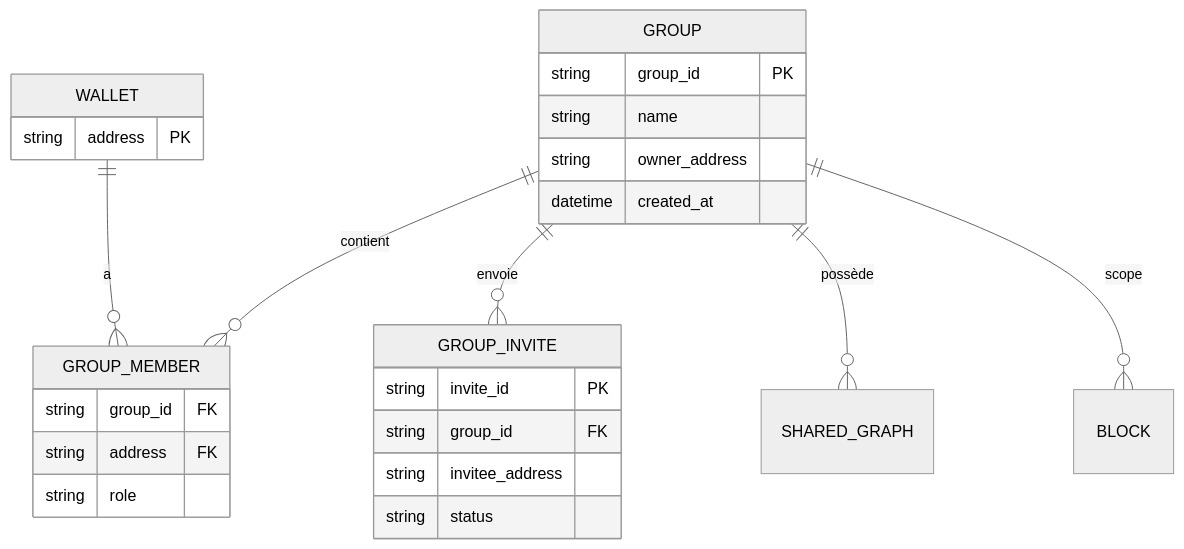
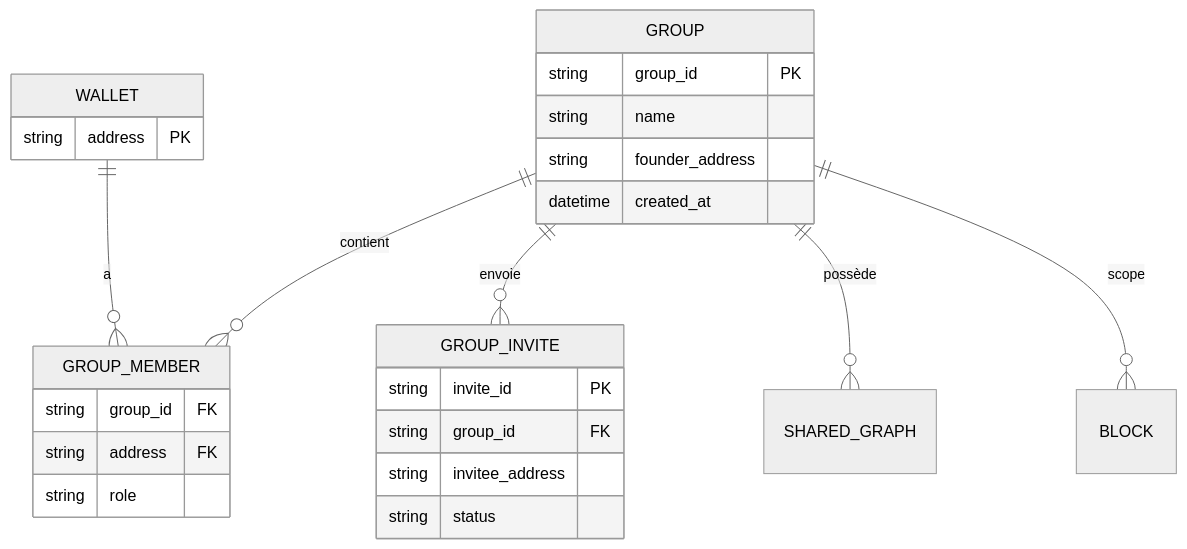
Before and after one commit to vgac2025/lvx: the second of 5 diagrams in GROUPES_RESEAUX_ARTCB.md, drawn with Mermaid (neutral theme). The commit also changed other lines of this file and 3 other files, not shown here.

````diff
--- a/GROUPES_RESEAUX_ARTCB.md
+++ b/GROUPES_RESEAUX_ARTCB.md
@@ -83,28 +83,28 @@
 ```mermaid
 erDiagram
     WALLET ||--o{ GROUP_MEMBER : "a"
     GROUP ||--o{ GROUP_MEMBER : contient
     GROUP ||--o{ GROUP_INVITE : envoie
     GROUP ||--o{ SHARED_GRAPH : possède
     GROUP ||--o{ BLOCK : scope
     WALLET {
         string address PK
     }
     GROUP {
         string group_id PK
         string name
-        string owner_address
+        string founder_address
         datetime created_at
     }
     GROUP_MEMBER {
         string group_id FK
         string address FK
         string role
     }
     GROUP_INVITE {
         string invite_id PK
         string group_id FK
         string invitee_address
         string status
     }
 ```
````
